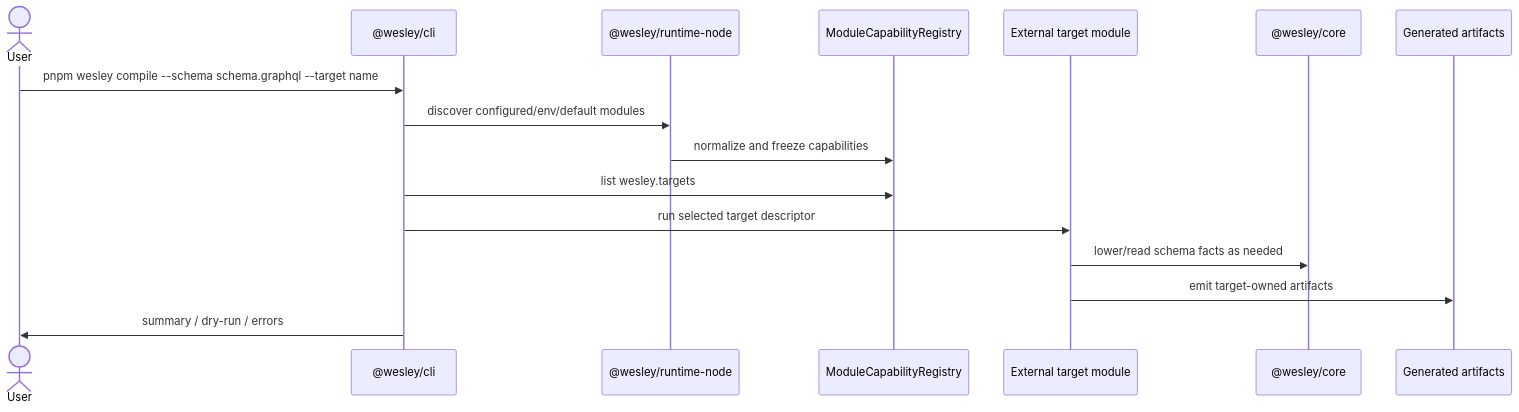
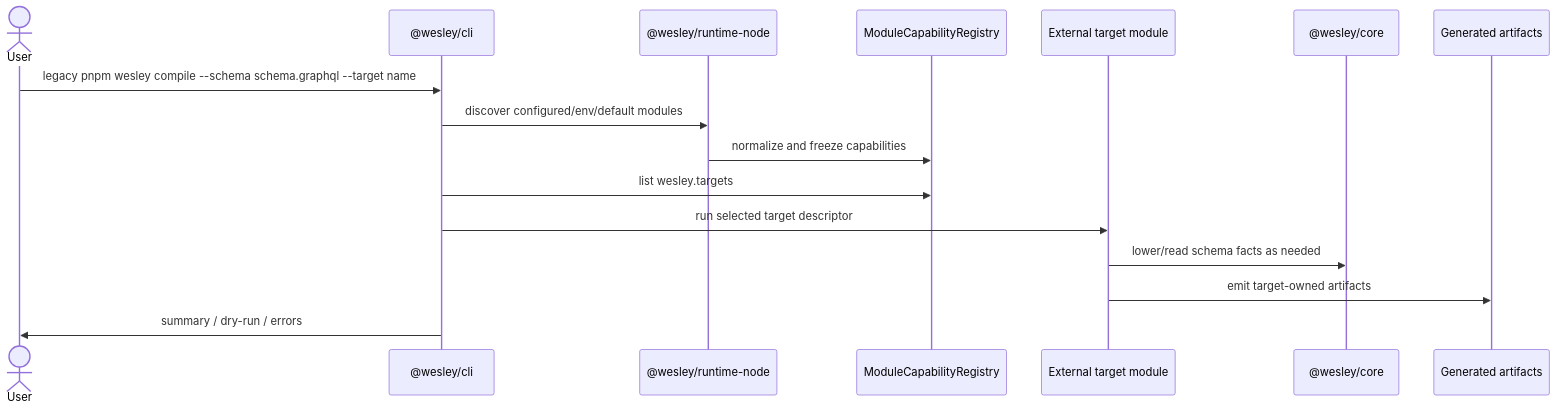
Before and after one commit to flyingrobots/wesley: the seventh of 9 diagrams in docs/ARCHITECTURE.md, drawn with Mermaid. The commit also changed other lines of this file and 54 other files, not shown here.

````diff
--- a/docs/ARCHITECTURE.md
+++ b/docs/ARCHITECTURE.md
@@ -541,19 +543,19 @@
 ```mermaid
 sequenceDiagram
     actor User
     participant CLI as @wesley/cli
     participant Loader as @wesley/runtime-node
     participant Registry as ModuleCapabilityRegistry
     participant Target as External target module
     participant Core as @wesley/core
     participant Out as Generated artifacts
 
-    User->>CLI: pnpm wesley compile --schema schema.graphql --target name
+    User->>CLI: legacy pnpm wesley compile --schema schema.graphql --target name
     CLI->>Loader: discover configured/env/default modules
     Loader->>Registry: normalize and freeze capabilities
     CLI->>Registry: list wesley.targets
     CLI->>Target: run selected target descriptor
     Target->>Core: lower/read schema facts as needed
     Target->>Out: emit target-owned artifacts
     CLI->>User: summary / dry-run / errors
 ```
````
